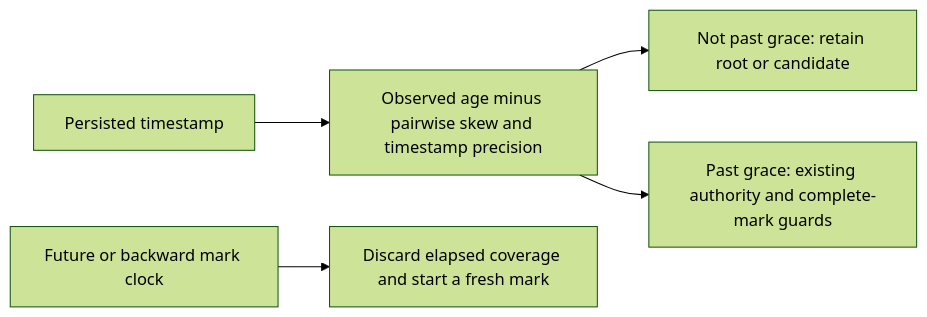
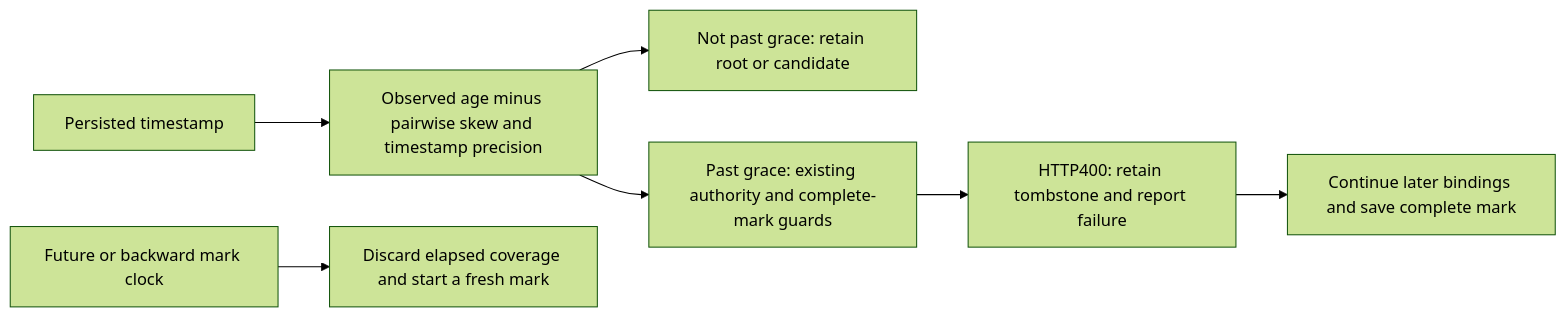
One commit to seaweedfs/seaweed-block changed the fifth of 5 diagrams in docs/design/invariants.md. Above: the diagram before and after it, drawn with Mermaid (forest theme). The commit also changed other lines of this file and 9 other files, not shown here.

````diff
--- a/docs/design/invariants.md
+++ b/docs/design/invariants.md
@@ -307,7 +308,9 @@
 ```mermaid
 flowchart LR
     stamp[Persisted timestamp] --> age[Observed age minus pairwise skew and timestamp precision]
     age --> young[Not past grace: retain root or candidate]
     age --> old[Past grace: existing authority and complete-mark guards]
     future[Future or backward mark clock] --> reset[Discard elapsed coverage and start a fresh mark]
+    old --> reject[HTTP400: retain tombstone and report failure]
+    reject --> later[Continue later bindings and save complete mark]
 ```
````
